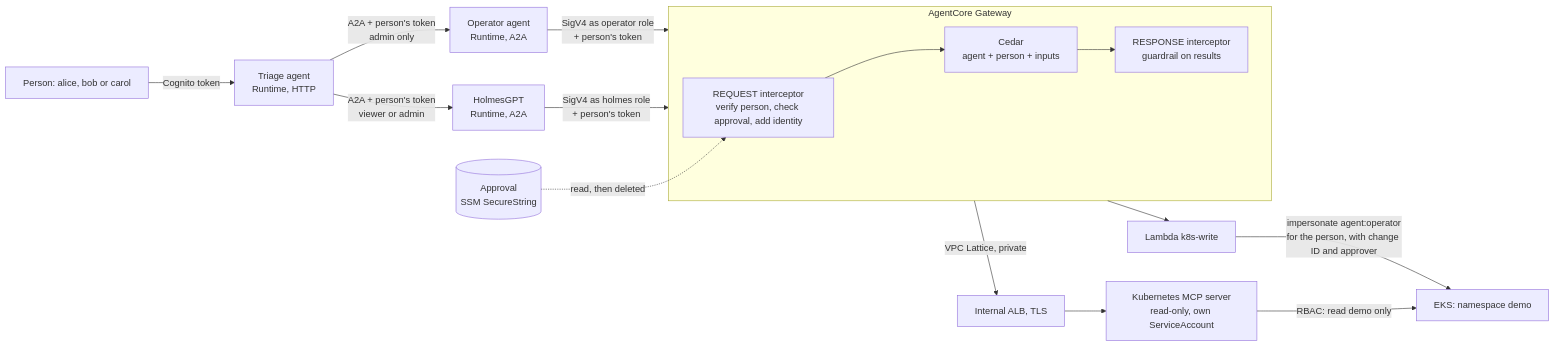
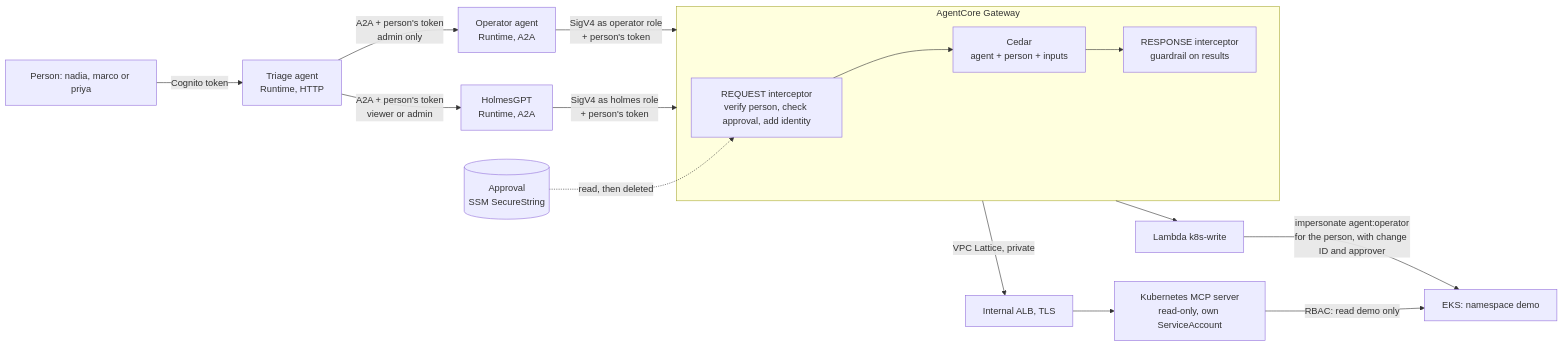
Before and after one commit to fsclyde/agentcore-multi-agent-security-lab: the first of 2 diagrams in docs/architecture.md, drawn with Mermaid. The commit also changed other lines of this file and 14 other files, not shown here.

First line of the commit message:
Rename the lab users: nadia (viewer), marco (admin), priya (approver)

````diff
--- a/docs/architecture.md
+++ b/docs/architecture.md
@@ -7,17 +7,17 @@
 ```mermaid
 flowchart LR
-    P[Person: alice, bob or carol] -->|Cognito token| T[Triage agent<br/>Runtime, HTTP]
+    P[Person: nadia, marco or priya] -->|Cognito token| T[Triage agent<br/>Runtime, HTTP]
     T -->|A2A + person's token<br/>viewer or admin| H[HolmesGPT<br/>Runtime, A2A]
     T -->|A2A + person's token<br/>admin only| O[Operator agent<br/>Runtime, A2A]
     H -->|SigV4 as holmes role<br/>+ person's token| G
     O -->|SigV4 as operator role<br/>+ person's token| G
     subgraph G[AgentCore Gateway]
       I1[REQUEST interceptor<br/>verify person, check approval, add identity] --> C[Cedar<br/>agent + person + inputs] --> I2[RESPONSE interceptor<br/>guardrail on results]
     end
     A[(Approval<br/>SSM SecureString)] -.->|read, then deleted| I1
     G -->|VPC Lattice, private| L[Internal ALB, TLS]
     L --> M[Kubernetes MCP server<br/>read-only, own ServiceAccount]
     G --> W[Lambda k8s-write]
     M -->|RBAC: read demo only| K[EKS: namespace demo]
     W -->|impersonate agent:operator<br/>for the person, with change ID and approver| K
 ```
````
